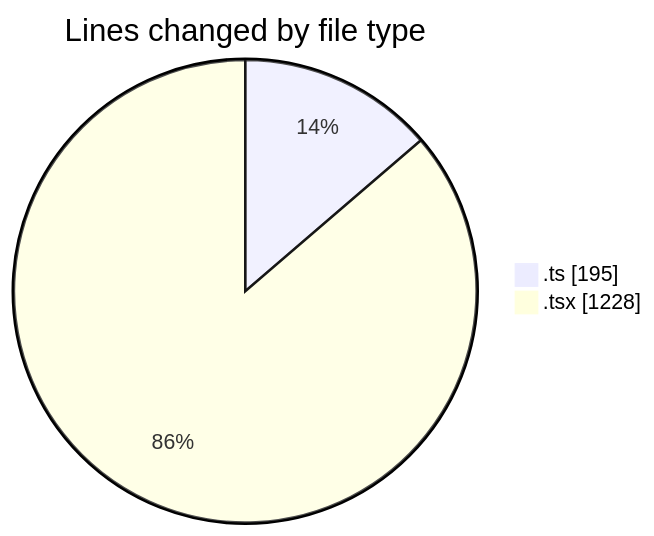
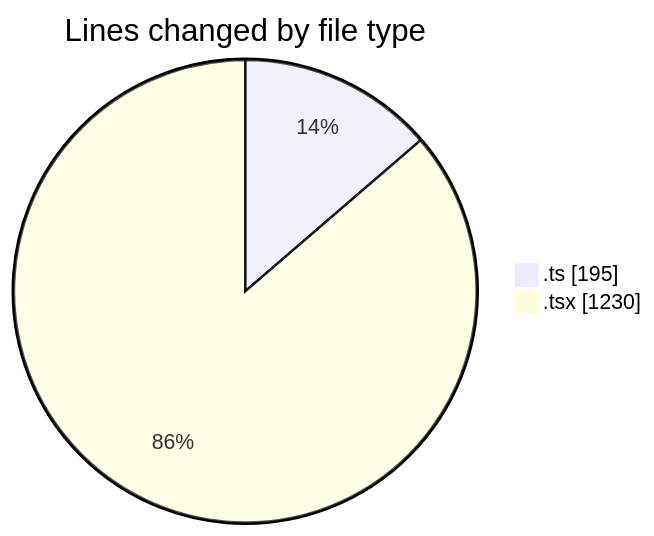
One commit to nxtqubesakshisongat/code-tracking changed the first of 2 diagrams in 2026-03-26/nxtqube_webapp/README.md. Above: the diagram before and after it, drawn with Mermaid. The commit also changed other lines of this file and 1 other file, not shown here.

````diff
--- a/2026-03-26/nxtqube_webapp/README.md
+++ b/2026-03-26/nxtqube_webapp/README.md
@@ -22,6 +22,6 @@
 ```mermaid
 pie showData
 title Lines changed by file type
 ".ts" : 195
-".tsx" : 1228
+".tsx" : 1230
 ```
````
